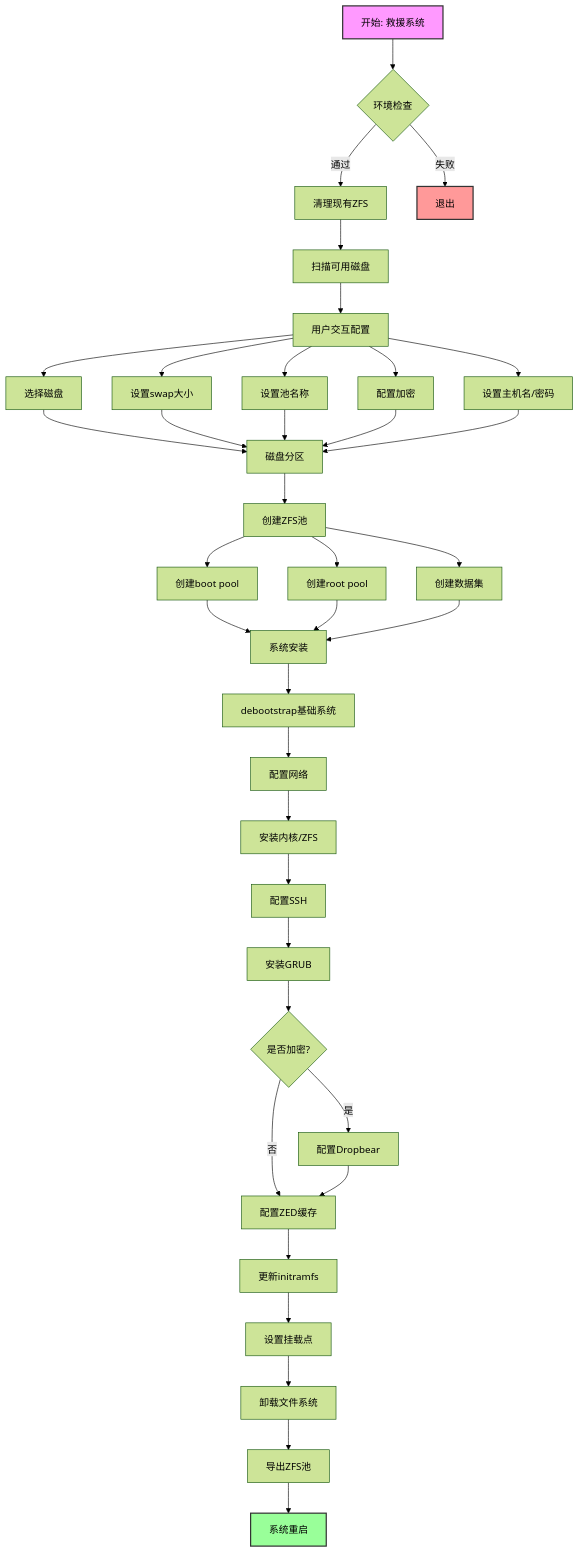
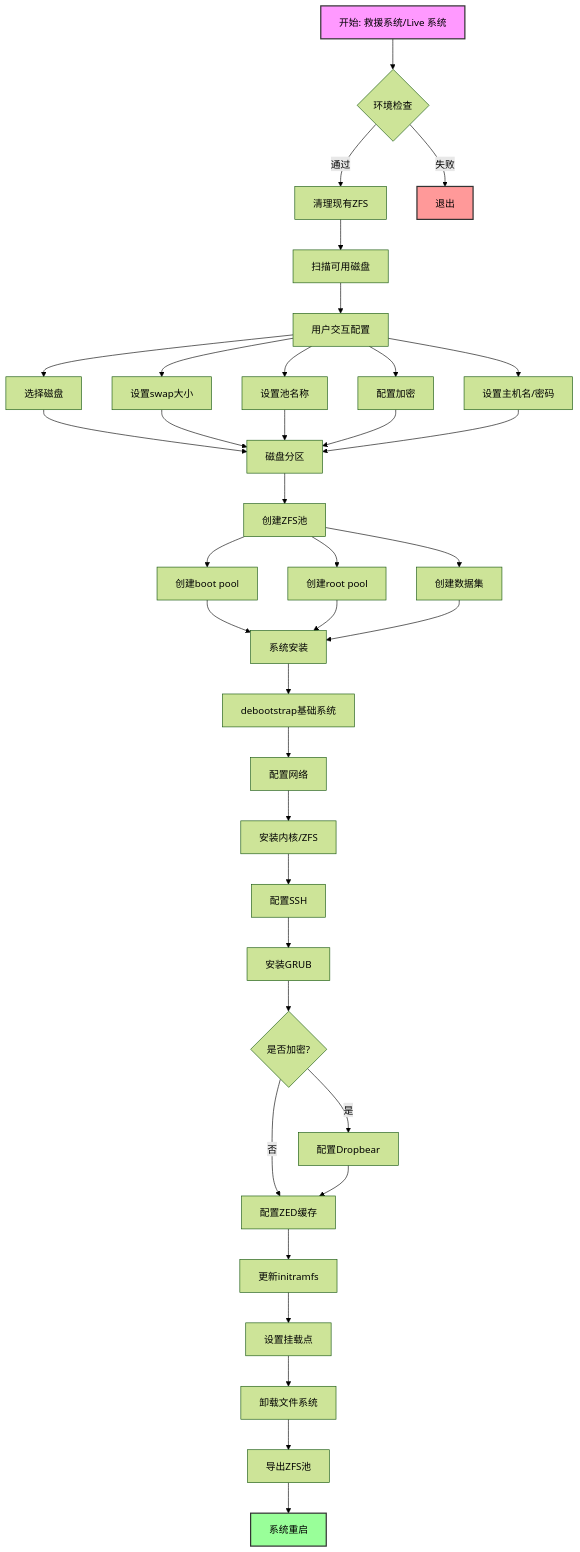
Before and after one commit to congzhangzh/zfs-on-debian: the first of 3 diagrams in notes/debian_zfs_setup_analysis_c_41_o_max.md, drawn with Mermaid (forest theme).

Commit message:
[notes] minor fix

````diff
--- a/notes/debian_zfs_setup_analysis_c_41_o_max.md
+++ b/notes/debian_zfs_setup_analysis_c_41_o_max.md
@@ -8,51 +8,51 @@
 ```mermaid
 graph TD
-    A["开始: 救援系统"] --> B{"环境检查"}
+    A["开始: 救援系统/Live 系统"] --> B{"环境检查"}
     B -->|"通过"| C["清理现有ZFS"]
     B -->|"失败"| X["退出"]
     
     C --> D["扫描可用磁盘"]
     D --> E["用户交互配置"]
     
     E --> E1["选择磁盘"]
     E --> E2["设置swap大小"]
     E --> E3["设置池名称"]
     E --> E4["配置加密"]
     E --> E5["设置主机名/密码"]
     
     E1 --> F["磁盘分区"]
     E2 --> F
     E3 --> F
     E4 --> F
     E5 --> F
     
     F --> G["创建ZFS池"]
     G --> G1["创建boot pool"]
     G --> G2["创建root pool"]
     G --> G3["创建数据集"]
     
     G1 --> H["系统安装"]
     G2 --> H
     G3 --> H
     
     H --> H1["debootstrap基础系统"]
     H1 --> H2["配置网络"]
     H2 --> H3["安装内核/ZFS"]
     H3 --> H4["配置SSH"]
     H4 --> H5["安装GRUB"]
     
     H5 --> I{"是否加密?"}
     I -->|"是"| J["配置Dropbear"]
     I -->|"否"| K["配置ZED缓存"]
     J --> K
     
     K --> L["更新initramfs"]
     L --> M["设置挂载点"]
     M --> N["卸载文件系统"]
     N --> O["导出ZFS池"]
     O --> P["系统重启"]
     
     style A fill:#f9f,stroke:#333,stroke-width:2px
     style P fill:#9f9,stroke:#333,stroke-width:2px
     style X fill:#f99,stroke:#333,stroke-width:2px
 ```
````
